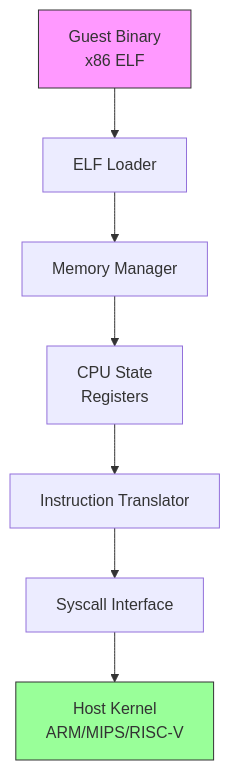
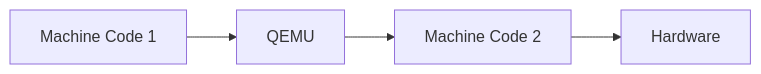
One commit to BlackHat-Magic/NSHC-QEMU changed the second of 4 diagrams in qemu-slideshow.qmd. Above: the diagram before and after it, drawn with Mermaid. The commit also changed other lines of this file and 3 other files, not shown here.

````diff
--- a/qemu-slideshow.qmd
+++ b/qemu-slideshow.qmd
@@ -64,12 +59,6 @@
 ```{mermaid}
-graph TD
-    A[Guest Binary<br/>x86 ELF] --> B[ELF Loader]
-    B --> C[Memory Manager]
-    C --> D[CPU State<br/>Registers]
-    D --> E[Instruction Translator]
-    E --> F[Syscall Interface]
-    F --> G[Host Kernel<br/>ARM/MIPS/RISC-V]
-    
-    style A fill:#f9f,stroke:#333
-    style G fill:#9f9,stroke:#333
+graph LR
+    A[Machine Code 1] --> B[QEMU]
+    B --> C[Machine Code 2]
+    C --> D[Hardware]
 ```
````
